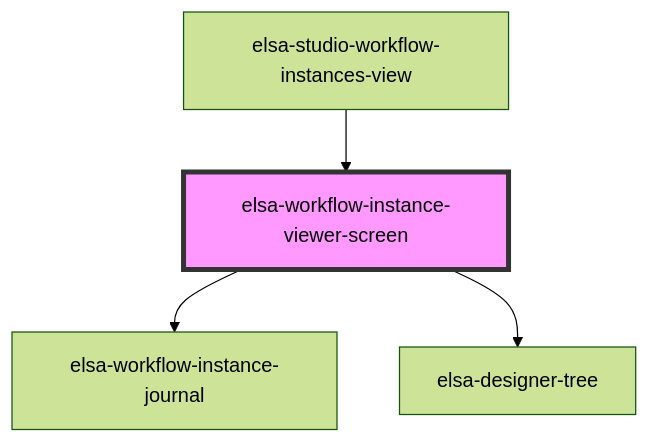
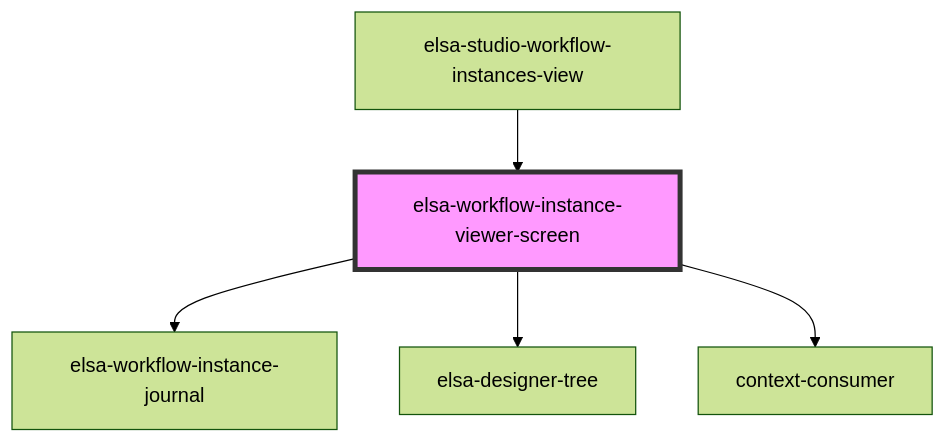
Before and after one commit to elsa-workflows/elsa-core: the diagram in src/designer/elsa-workflows-studio/src/components/screens/workflow-instance-viewer/elsa-workflow-instance-viewer-screen/readme.md, drawn with Mermaid (forest theme). The commit also changed other lines of this file and 22 other files, not shown here.

````diff
--- a/src/designer/elsa-workflows-studio/src/components/screens/workflow-instance-viewer/elsa-workflow-instance-viewer-screen/readme.md
+++ b/src/designer/elsa-workflows-studio/src/components/screens/workflow-instance-viewer/elsa-workflow-instance-viewer-screen/readme.md
@@ -41,7 +43,8 @@
 ```mermaid
 graph TD;
   elsa-workflow-instance-viewer-screen --> elsa-workflow-instance-journal
   elsa-workflow-instance-viewer-screen --> elsa-designer-tree
+  elsa-workflow-instance-viewer-screen --> context-consumer
   elsa-studio-workflow-instances-view --> elsa-workflow-instance-viewer-screen
   style elsa-workflow-instance-viewer-screen fill:#f9f,stroke:#333,stroke-width:4px
 ```
````
